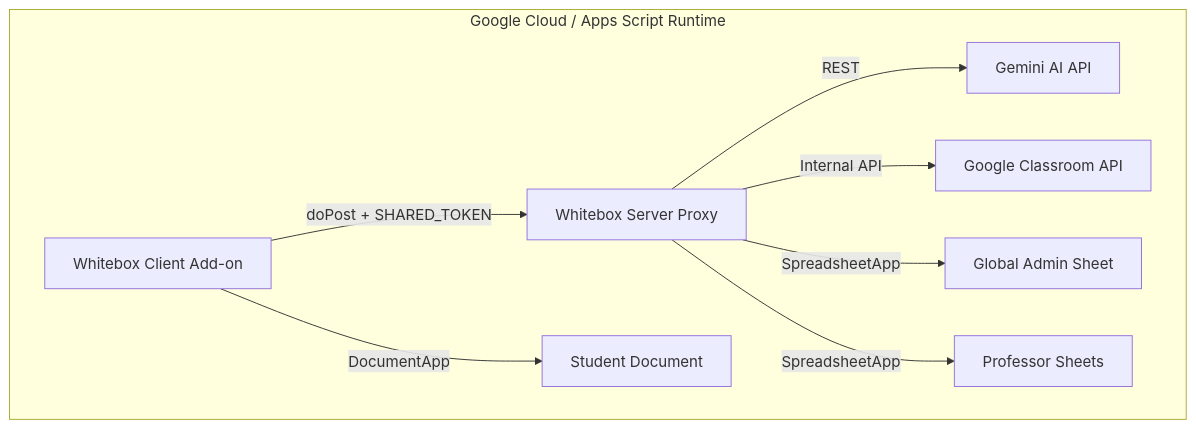
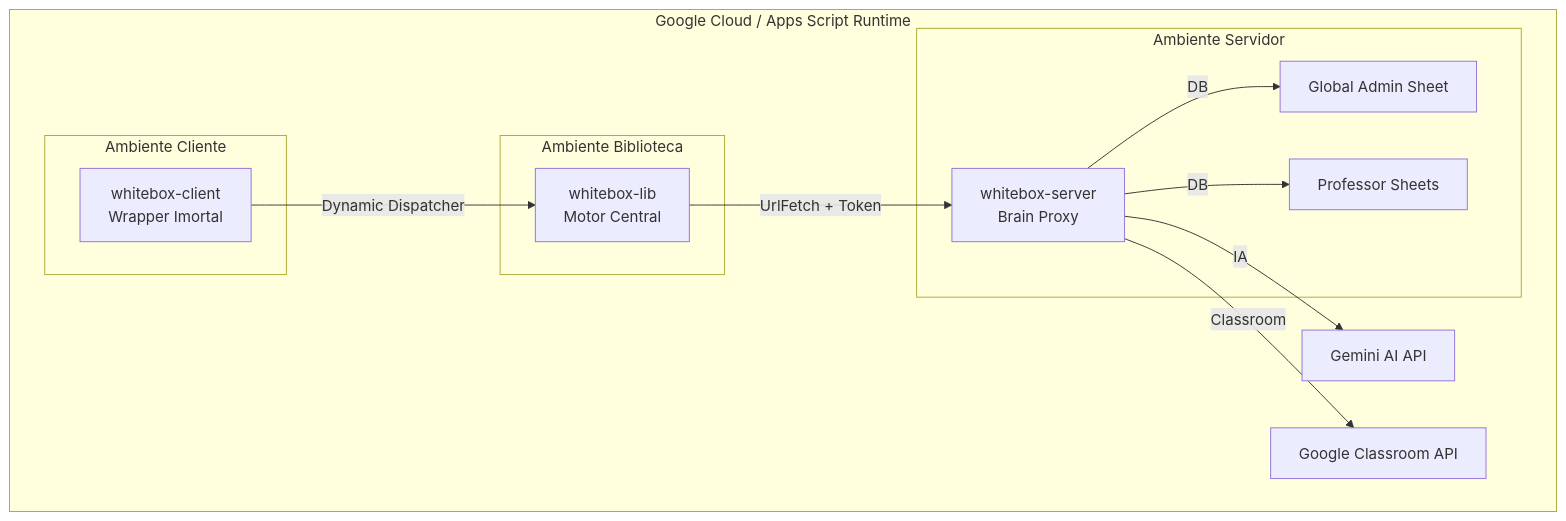
One commit to b566776/whitebox changed the diagram in docs/architecture.md. Above: the diagram before and after it, drawn with Mermaid. The commit also changed other lines of this file and 8 other files, not shown here.

Commit message:
docs: atualizacao completa dos manuais para a arquitetura de Biblioteca (WhiteboxLib)

````diff
--- a/docs/architecture.md
+++ b/docs/architecture.md
@@ -8,11 +8,25 @@
 ```mermaid
 graph TD
     subgraph "Google Cloud / Apps Script Runtime"
-        A[Whitebox Client Add-on] -->|doPost + SHARED_TOKEN| B[Whitebox Server Proxy]
-        B -->|REST| C[Gemini AI API]
-        B -->|Internal API| D[Google Classroom API]
-        B -->|SpreadsheetApp| E[Global Admin Sheet]
-        B -->|SpreadsheetApp| F[Professor Sheets]
-        A -->|DocumentApp| G[Student Document]
+        subgraph "Ambiente Cliente"
+            A[whitebox-client <br/>Wrapper Imortal]
+        end
+
+        subgraph "Ambiente Biblioteca"
+            L[whitebox-lib <br/>Motor Central]
+        end
+
+        subgraph "Ambiente Servidor"
+            B[whitebox-server <br/>Brain Proxy]
+            E[Global Admin Sheet]
+            F[Professor Sheets]
+        end
+
+        A -- "Dynamic Dispatcher" --> L
+        L -- "UrlFetch + Token" --> B
+        B -- "IA" --> C[Gemini AI API]
+        B -- "Classroom" --> D[Google Classroom API]
+        B -- "DB" --> E
+        B -- "DB" --> F
     end
 ```
````
